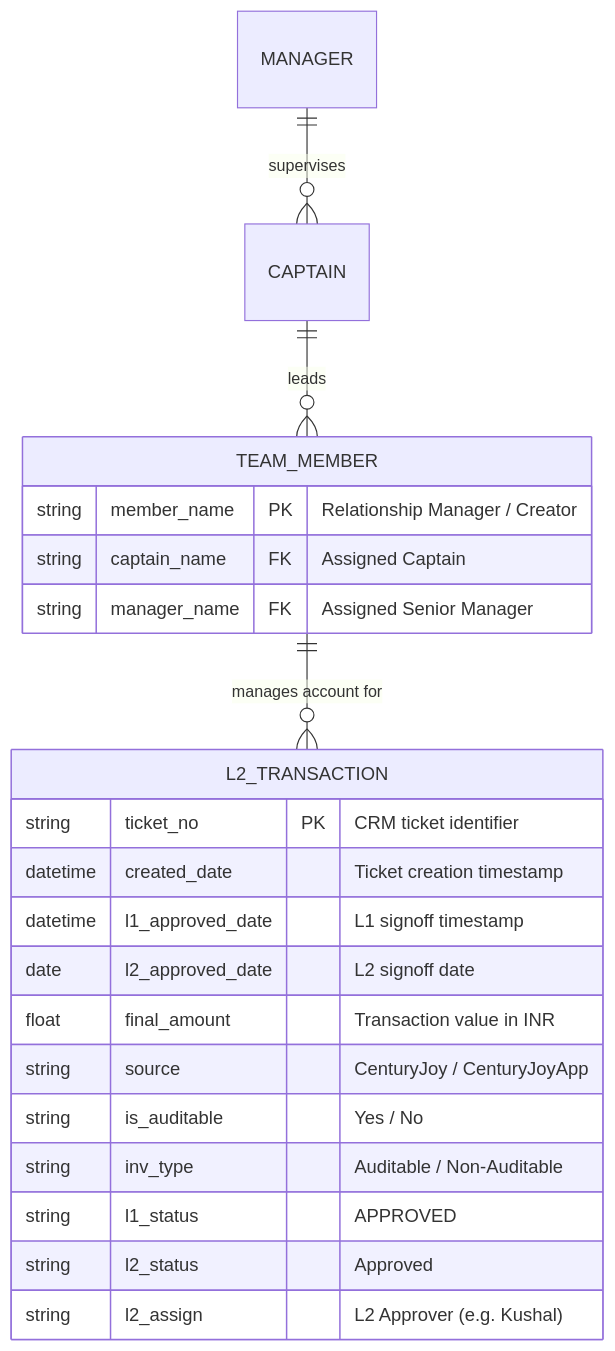
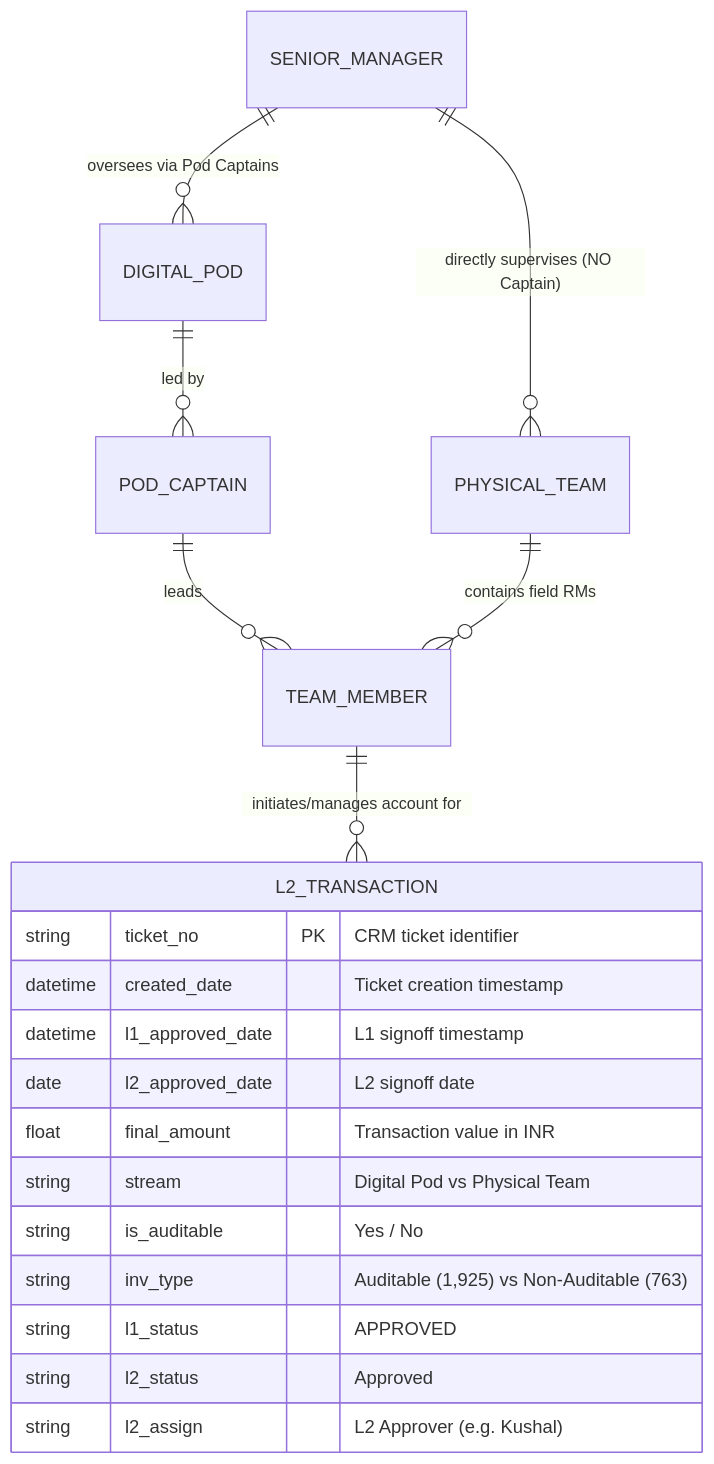
The diagram in Architecture.md (KK12101987/centuryjoy-sales-hub), drawn with Mermaid before and after one commit. The commit also changed other lines of this file and 17 other files, not shown here.

Commit message:
feat: Option 2 CenturyPly enterprise theme, 1-click Light/Dark toggle, dedicated Auditable vs Non-Auditable PODs, and dual-stream hierarchy

````diff
--- a/Architecture.md
+++ b/Architecture.md
@@ -8,26 +8,23 @@
 ```mermaid
 erDiagram
-    MANAGER ||--o{ CAPTAIN : "supervises"
-    CAPTAIN ||--o{ TEAM_MEMBER : "leads"
-    TEAM_MEMBER ||--o{ L2_TRANSACTION : "manages account for"
+    SENIOR_MANAGER ||--o{ PHYSICAL_TEAM : "directly supervises (NO Captain)"
+    SENIOR_MANAGER ||--o{ DIGITAL_POD : "oversees via Pod Captains"
+    DIGITAL_POD ||--o{ POD_CAPTAIN : "led by"
+    POD_CAPTAIN ||--o{ TEAM_MEMBER : "leads"
+    PHYSICAL_TEAM ||--o{ TEAM_MEMBER : "contains field RMs"
+    TEAM_MEMBER ||--o{ L2_TRANSACTION : "initiates/manages account for"
     
     L2_TRANSACTION {
         string ticket_no PK "CRM ticket identifier"
         datetime created_date "Ticket creation timestamp"
         datetime l1_approved_date "L1 signoff timestamp"
         date l2_approved_date "L2 signoff date"
         float final_amount "Transaction value in INR"
-        string source "CenturyJoy / CenturyJoyApp"
+        string stream "Digital Pod vs Physical Team"
         string is_auditable "Yes / No"
-        string inv_type "Auditable / Non-Auditable"
+        string inv_type "Auditable (1,925) vs Non-Auditable (763)"
         string l1_status "APPROVED"
         string l2_status "Approved"
         string l2_assign "L2 Approver (e.g. Kushal)"
     }
-
-    TEAM_MEMBER {
-        string member_name PK "Relationship Manager / Creator"
-        string captain_name FK "Assigned Captain"
-        string manager_name FK "Assigned Senior Manager"
-    }
 ```
````
